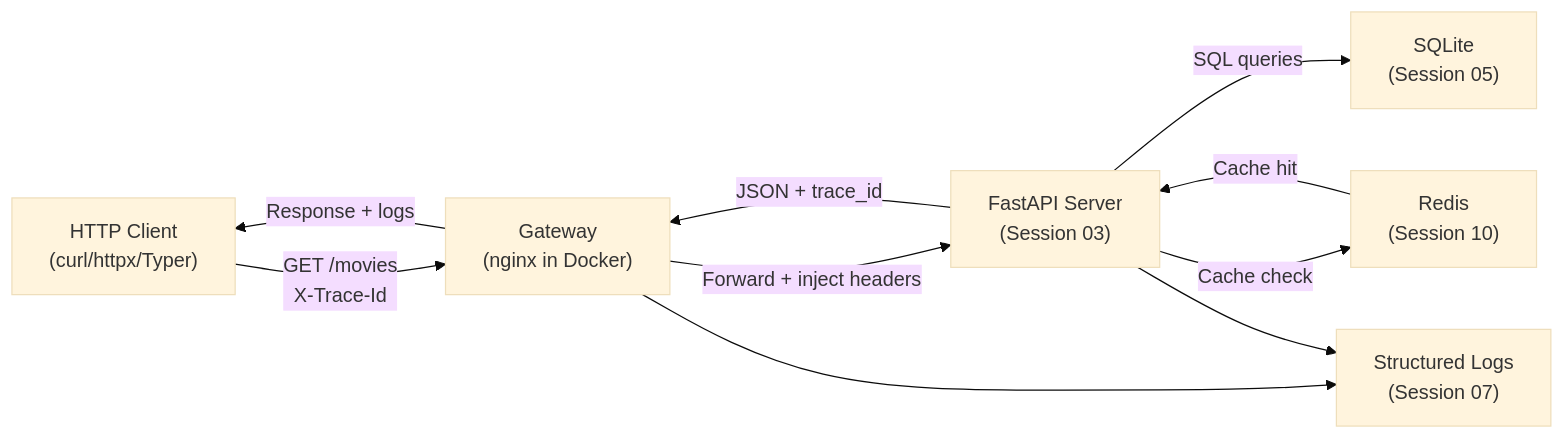
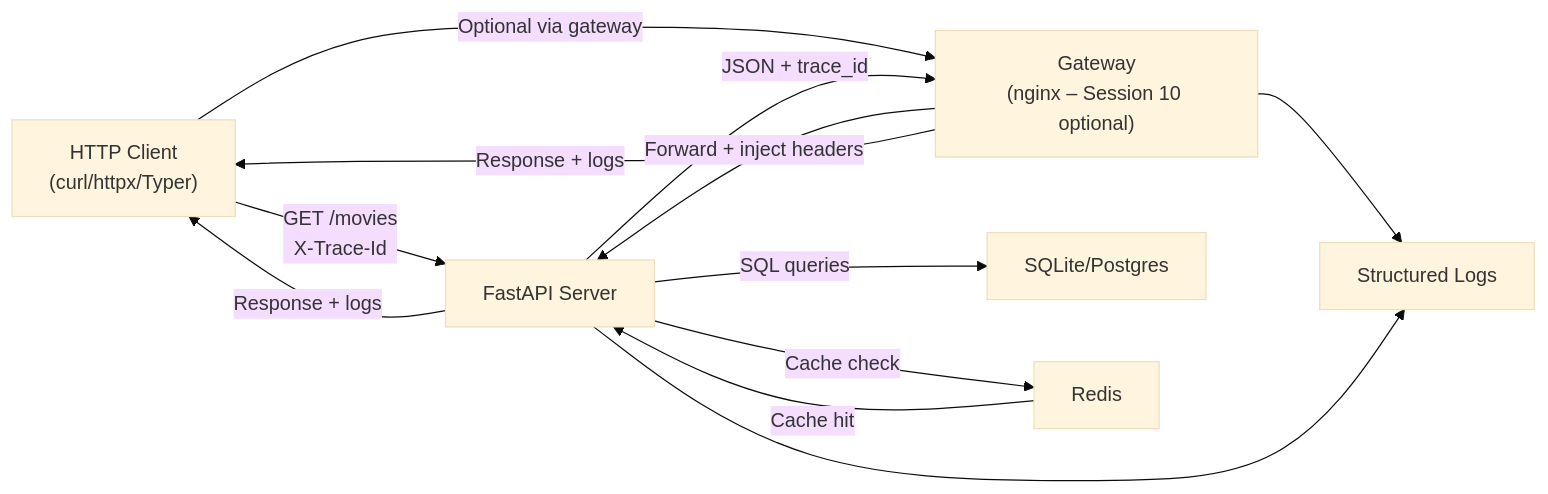
Before and after one commit to EASS-HIT-PART-A-2026-CLASS-IX/lecture-notes: the diagram in docs/sessions/session-02.md, drawn with Mermaid (base theme). The commit also changed other lines of this file and 14 other files, not shown here.

````diff
--- a/docs/sessions/session-02.md
+++ b/docs/sessions/session-02.md
@@ -418,19 +418,21 @@
 ```mermaid
 flowchart LR
     CLI["HTTP Client\n(curl/httpx/Typer)"]
-    GW["Gateway\n(nginx in Docker)"]
-    API["FastAPI Server\n(Session 03)"]
-    DB["SQLite\n(Session 05)"]
-    Cache["Redis\n(Session 10)"]
-    Logs["Structured Logs\n(Session 07)"]
+    GW["Gateway\n(nginx – Session 10 optional)"]
+    API["FastAPI Server"]
+    DB["SQLite/Postgres"]
+    Cache["Redis"]
+    Logs["Structured Logs"]
 
-    CLI -->|"GET /movies\nX-Trace-Id"| GW
+    CLI -->|"GET /movies\nX-Trace-Id"| API
+    CLI -->|"Optional via gateway"| GW
     GW -->|"Forward + inject headers"| API
     API -->|"SQL queries"| DB
     API -->|"Cache check"| Cache
     Cache -->|"Cache hit"| API
     API -->|"JSON + trace_id"| GW
     GW -->|"Response + logs"| CLI
+    API -->|"Response + logs"| CLI
     GW --> Logs
     API --> Logs
 ```
````
